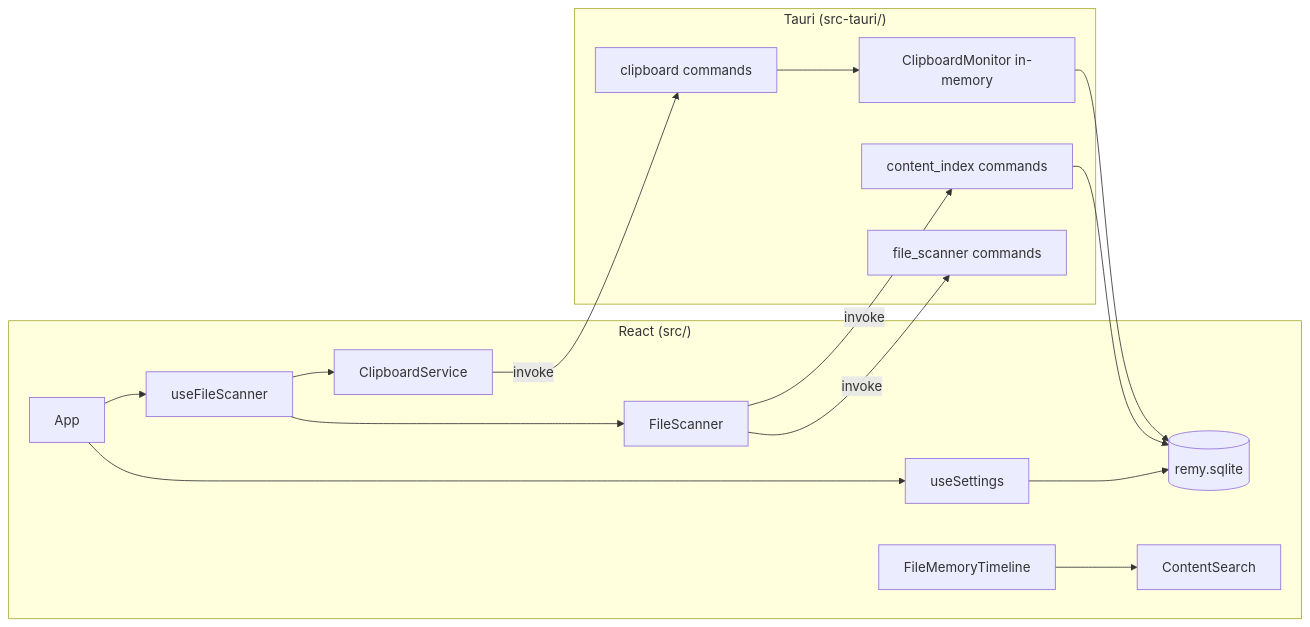
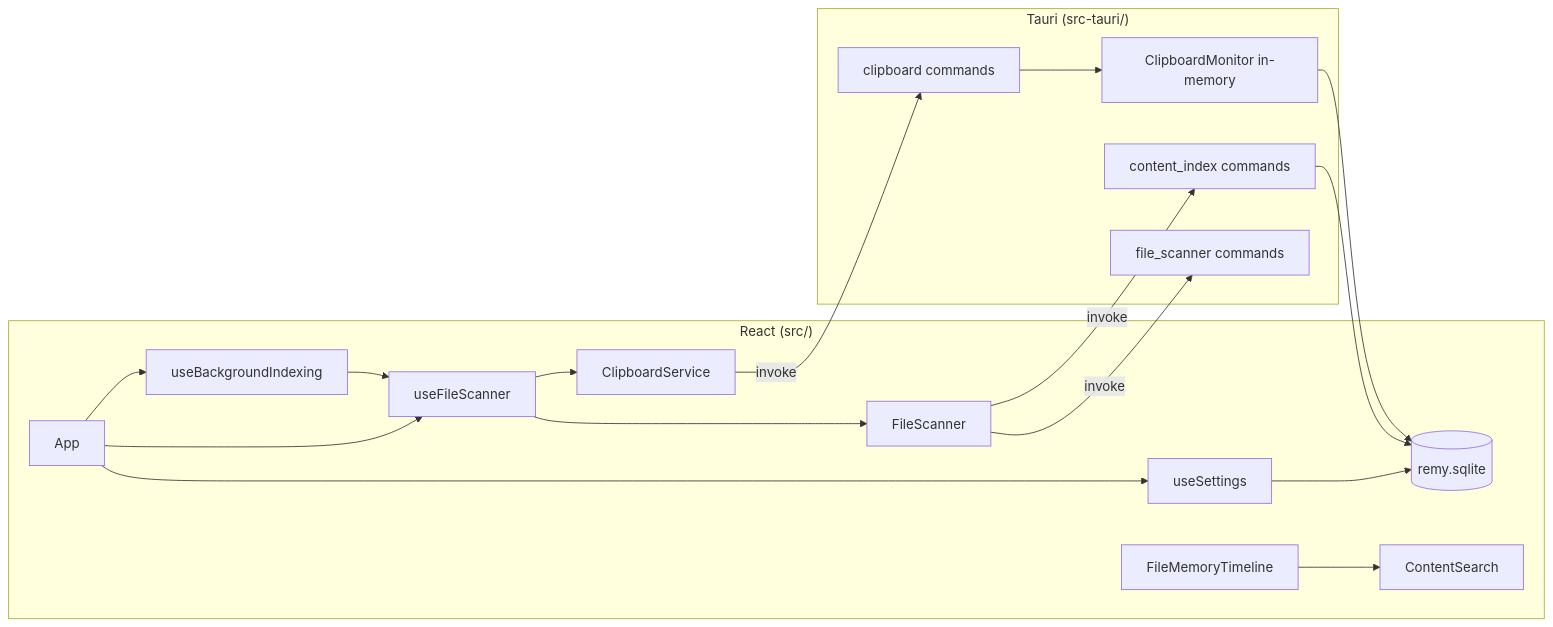
One commit to nazar7755/Remy changed the diagram in PROJECT_CONTEXT.md. Above: the diagram before and after it, drawn with Mermaid. The commit also changed other lines of this file and 13 other files, not shown here.

Commit message:
fix: stabilize background indexing

````diff
--- a/PROJECT_CONTEXT.md
+++ b/PROJECT_CONTEXT.md
@@ -51,26 +52,28 @@
 ```mermaid
 flowchart LR
   subgraph UI["React (src/)"]
     App --> useSettings
     App --> useFileScanner
+    App --> useBackgroundIndexing
     useSettings --> DB
     useFileScanner --> FileScanner
     useFileScanner --> ClipboardService
+    useBackgroundIndexing --> useFileScanner
     FileMemoryTimeline --> ContentSearch
   end
 
   subgraph Rust["Tauri (src-tauri/)"]
     FS[file_scanner commands]
     CI[content_index commands]
     CB[clipboard commands]
     CM[ClipboardMonitor in-memory]
     DB[(remy.sqlite)]
   end
 
   FileScanner -->|invoke| FS
   FileScanner -->|invoke| CI
   ClipboardService -->|invoke| CB
   CB --> CM
   CM --> DB
   CI --> DB
 ```
````
